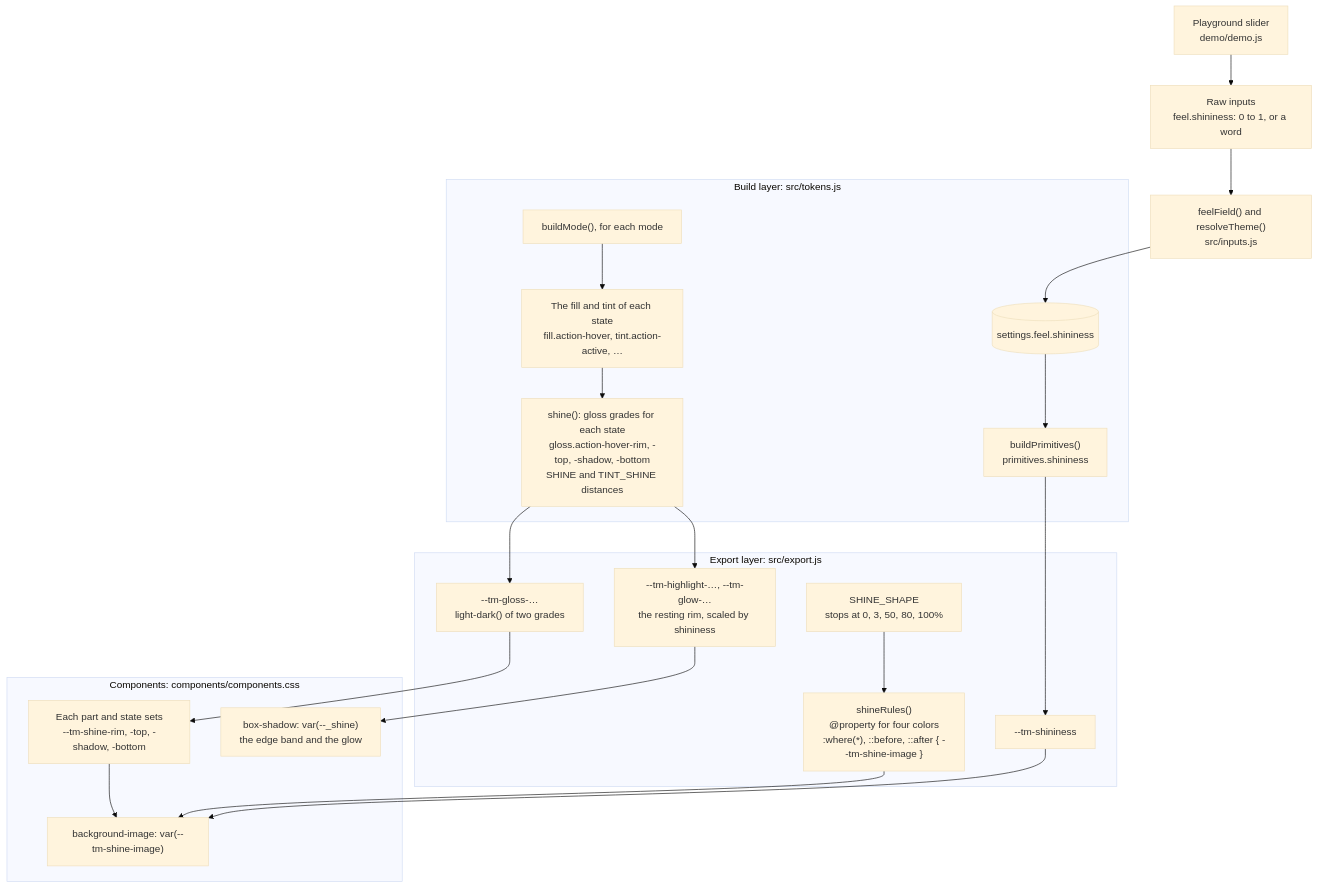
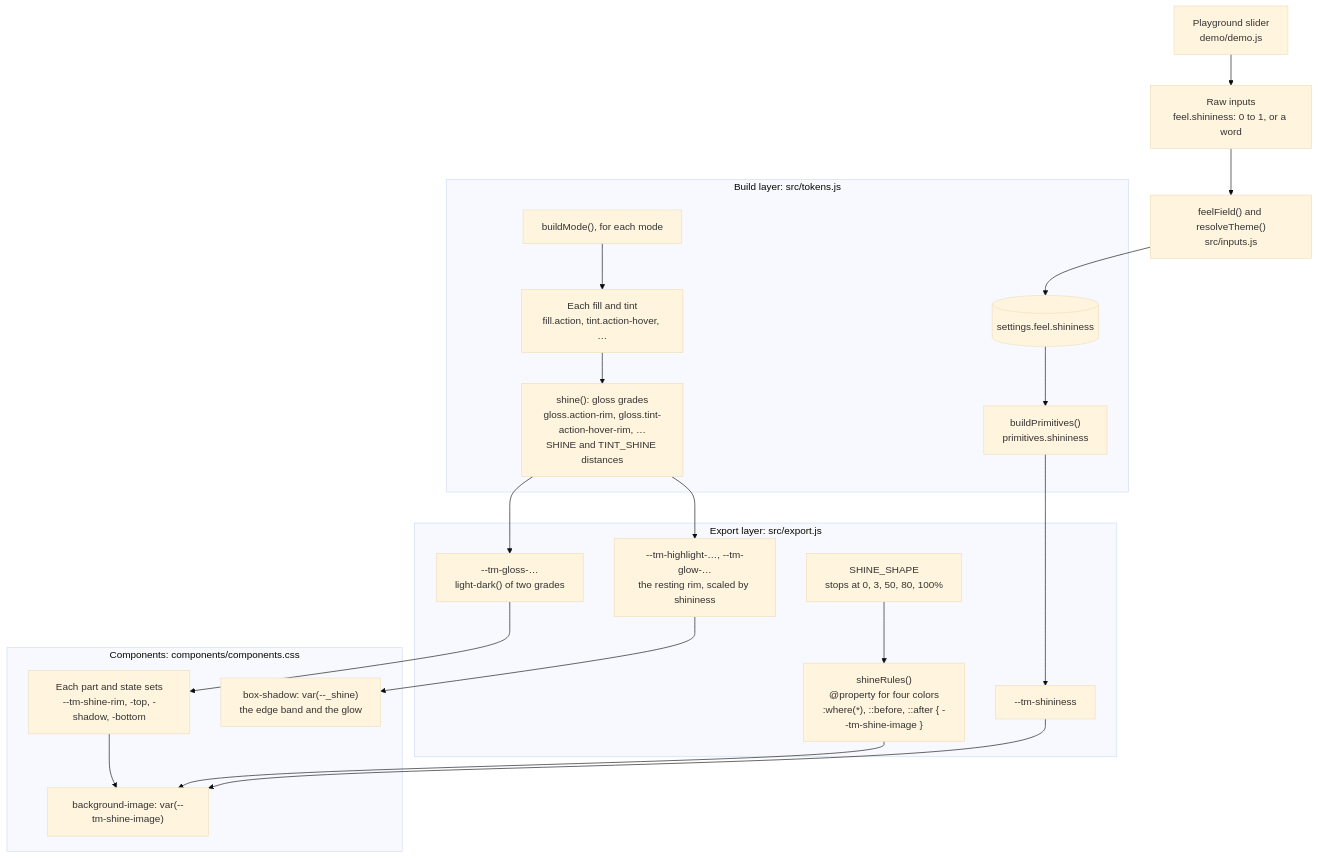
Before and after one commit to method-run/idk-themetron: the diagram in docs/shininess-flow.md, drawn with Mermaid (base theme). The commit also changed other lines of this file and 17 other files, not shown here.

````diff
--- a/docs/shininess-flow.md
+++ b/docs/shininess-flow.md
@@ -22,27 +22,27 @@
 ```mermaid
 flowchart TD
   slider["Playground slider<br/>demo/demo.js"] --> raw["Raw inputs<br/>feel.shininess: 0 to 1, or a word"]
   raw --> resolve["feelField() and resolveTheme()<br/>src/inputs.js"]
   resolve --> settings[("settings.feel.shininess")]
 
   subgraph build["Build layer: src/tokens.js"]
     settings --> prims["buildPrimitives()<br/>primitives.shininess"]
-    mode["buildMode(), for each mode"] --> fills["The fill and tint of each state<br/>fill.action-hover, tint.action-active, …"]
-    fills --> gloss["shine(): gloss grades for each state<br/>gloss.action-hover-rim, -top, -shadow, -bottom<br/>SHINE and TINT_SHINE distances"]
+    mode["buildMode(), for each mode"] --> fills["Each fill and tint<br/>fill.action, tint.action-hover, …"]
+    fills --> gloss["shine(): gloss grades<br/>gloss.action-rim, gloss.tint-action-hover-rim, …<br/>SHINE and TINT_SHINE distances"]
   end
 
   subgraph export["Export layer: src/export.js"]
     prims --> eShin["--tm-shininess"]
     gloss --> eGloss["--tm-gloss-…<br/>light-dark() of two grades"]
     gloss --> eHi["--tm-highlight-…, --tm-glow-…<br/>the resting rim, scaled by shininess"]
     shape["SHINE_SHAPE<br/>stops at 0, 3, 50, 80, 100%"] --> rule["shineRules()<br/>@property for four colors<br/>:where(*), ::before, ::after { --tm-shine-image }"]
   end
 
   subgraph comps["Components: components/components.css"]
     eGloss --> set["Each part and state sets<br/>--tm-shine-rim, -top, -shadow, -bottom"]
     set --> paint["background-image: var(--tm-shine-image)"]
     rule --> paint
     eShin --> paint
     eHi --> band["box-shadow: var(--_shine)<br/>the edge band and the glow"]
   end
 ```
````
